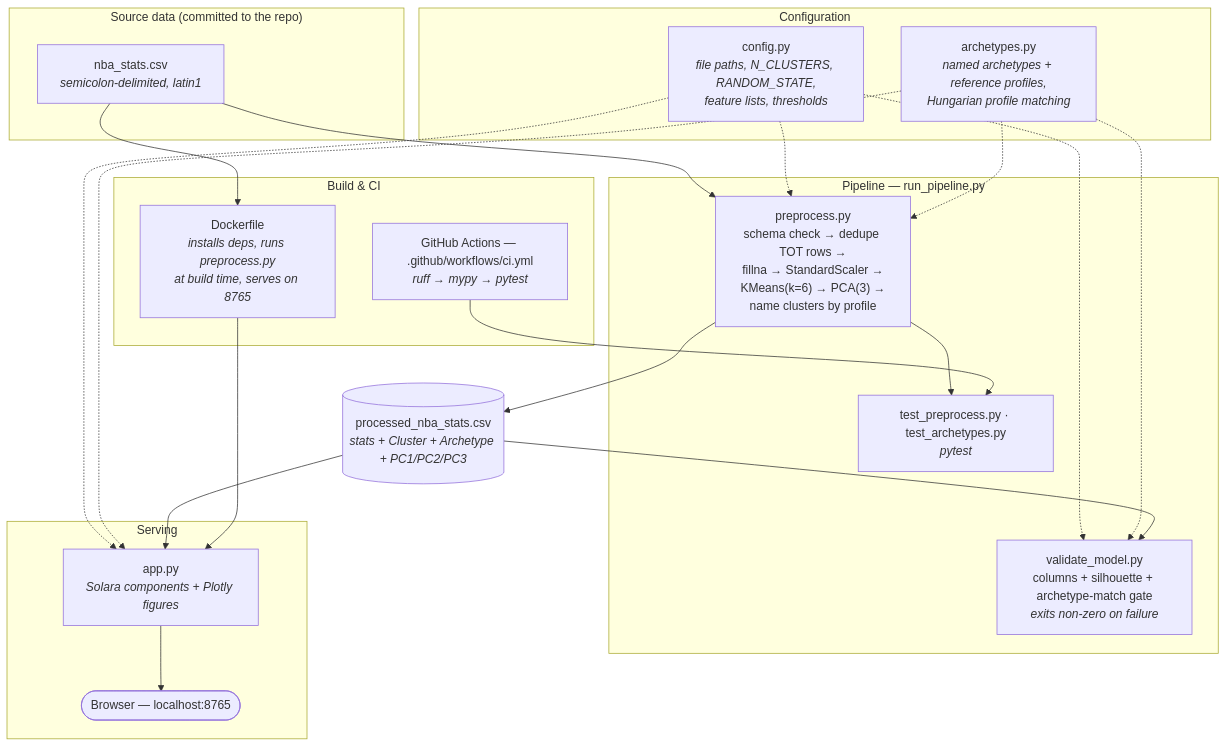
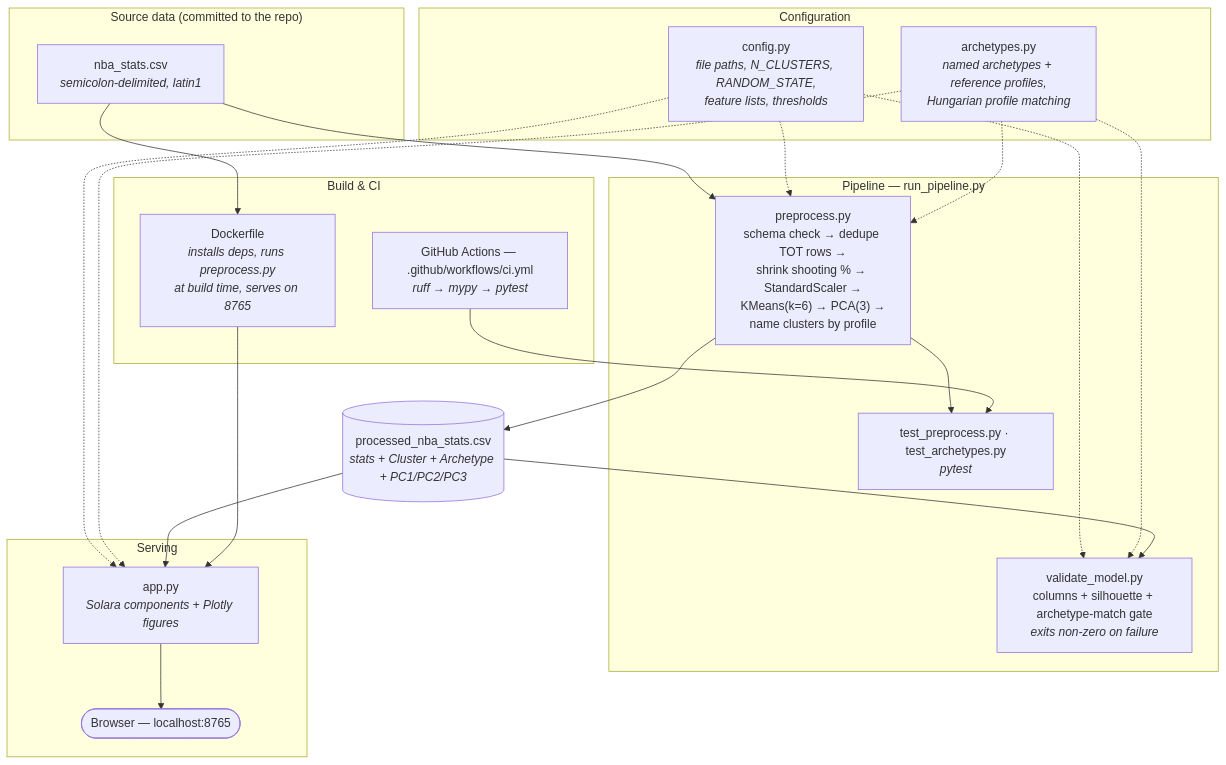
One commit to thompgt/nba-player-clustering changed the diagram in README.md. Above: the diagram before and after it, drawn with Mermaid. The commit also changed other lines of this file and 6 other files, not shown here.

First line of the commit message:
Shrink shooting percentages toward the league rate (#13)

````diff
--- a/README.md
+++ b/README.md
@@ -29,45 +29,45 @@
 ```mermaid
 flowchart TD
     subgraph src["Source data (committed to the repo)"]
         RAW["nba_stats.csv<br/><i>semicolon-delimited, latin1</i>"]
     end
 
     subgraph cfg["Configuration"]
         CONFIG["config.py<br/><i>file paths, N_CLUSTERS, RANDOM_STATE,<br/>feature lists, thresholds</i>"]
         ARCH["archetypes.py<br/><i>named archetypes + reference profiles,<br/>Hungarian profile matching</i>"]
     end
 
     subgraph pipe["Pipeline — run_pipeline.py"]
-        PRE["preprocess.py<br/>schema check → dedupe TOT rows →<br/>fillna → StandardScaler →<br/>KMeans(k=6) → PCA(3) →<br/>name clusters by profile"]
+        PRE["preprocess.py<br/>schema check → dedupe TOT rows →<br/>shrink shooting % → StandardScaler →<br/>KMeans(k=6) → PCA(3) →<br/>name clusters by profile"]
         VAL["validate_model.py<br/>columns + silhouette + archetype-match gate<br/><i>exits non-zero on failure</i>"]
         TEST["test_preprocess.py · test_archetypes.py<br/><i>pytest</i>"]
     end
 
     PROC[("processed_nba_stats.csv<br/><i>stats + Cluster + Archetype + PC1/PC2/PC3</i>")]
 
     subgraph serve["Serving"]
         APP["app.py<br/><i>Solara components + Plotly figures</i>"]
         BROWSER(["Browser — localhost:8765"])
     end
 
     subgraph ops["Build & CI"]
         DOCKER["Dockerfile<br/><i>installs deps, runs preprocess.py<br/>at build time, serves on 8765</i>"]
         CI["GitHub Actions — .github/workflows/ci.yml<br/><i>ruff → mypy → pytest</i>"]
     end
 
     RAW --> PRE
     CONFIG -.-> PRE
     CONFIG -.-> VAL
     CONFIG -.-> APP
     ARCH -.-> PRE
     ARCH -.-> VAL
     ARCH -.-> APP
     PRE --> PROC
     PROC --> VAL
     PRE --> TEST
     PROC --> APP
     APP --> BROWSER
     RAW --> DOCKER
     DOCKER --> APP
     CI --> TEST
 ```
````
